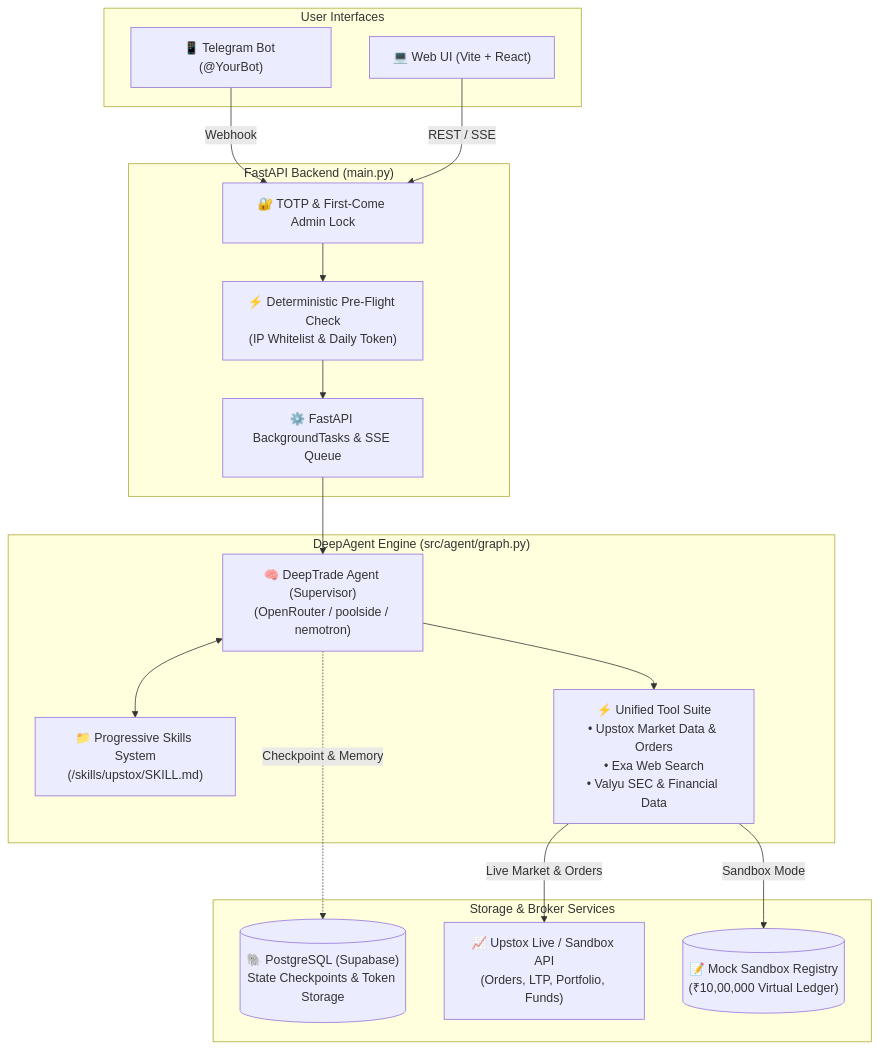
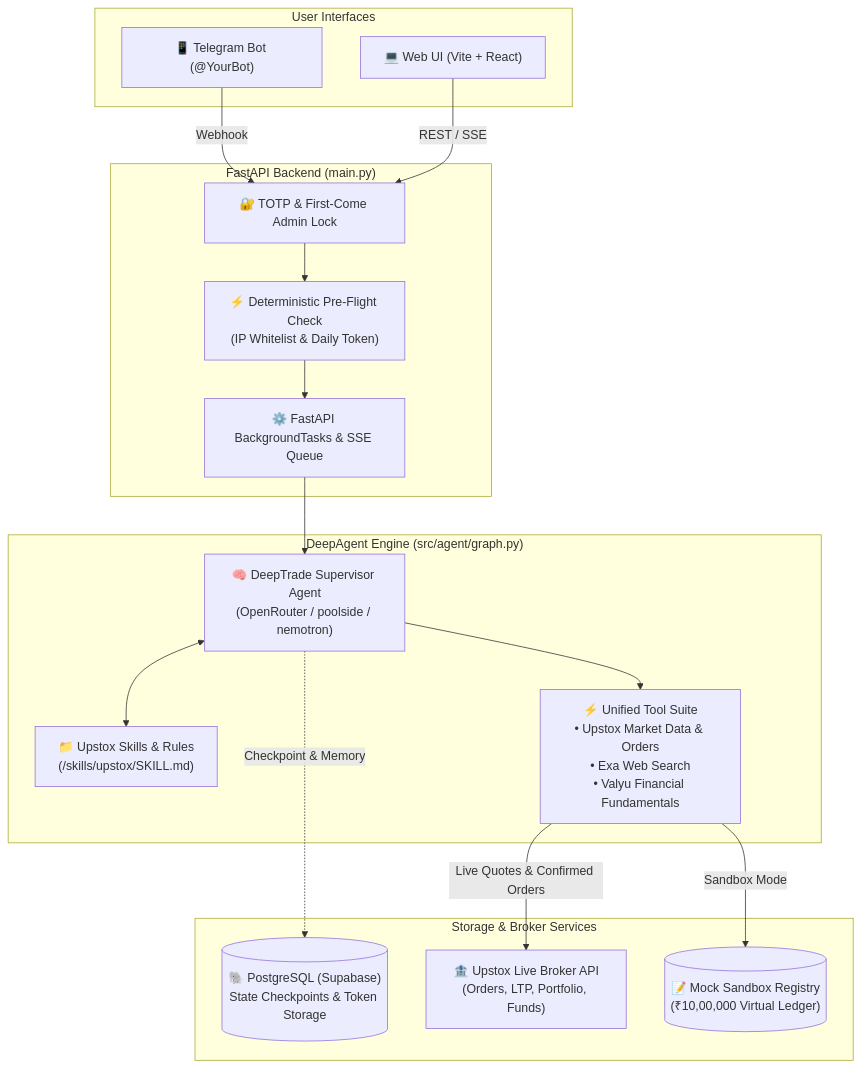
Before and after one commit to Anshu666666/deepTrade: the first of 2 diagrams in README.md, drawn with Mermaid. The commit also changed other lines of this file, not shown here.

Commit message:
docs: clarify true product use case as conversational market research and direct Upstox execution assistant

````diff
--- a/README.md
+++ b/README.md
@@ -21,36 +34,36 @@
 ```mermaid
 flowchart TB
     subgraph Clients["User Interfaces"]
         TG["📱 Telegram Bot (@YourBot)"]
         WEB["💻 Web UI (Vite + React)"]
     end
 
     subgraph Server["FastAPI Backend (main.py)"]
         AUTH["🔐 TOTP & First-Come Admin Lock"]
         PRECHECK["⚡ Deterministic Pre-Flight Check<br/>(IP Whitelist & Daily Token)"]
         BG["⚙️ FastAPI BackgroundTasks & SSE Queue"]
     end
 
     subgraph AgentSystem["DeepAgent Engine (src/agent/graph.py)"]
-        SUP["🧠 DeepTrade Agent (Supervisor)<br/>(OpenRouter / poolside / nemotron)"]
-        SKILLS["📁 Progressive Skills System<br/>(/skills/upstox/SKILL.md)"]
-        TOOLS["⚡ Unified Tool Suite<br/>• Upstox Market Data & Orders<br/>• Exa Web Search<br/>• Valyu SEC & Financial Data"]
+        SUP["🧠 DeepTrade Supervisor Agent<br/>(OpenRouter / poolside / nemotron)"]
+        SKILLS["📁 Upstox Skills & Rules<br/>(/skills/upstox/SKILL.md)"]
+        TOOLS["⚡ Unified Tool Suite<br/>• Upstox Market Data & Orders<br/>• Exa Web Search<br/>• Valyu Financial Fundamentals"]
         SUP <--> SKILLS
         SUP --> TOOLS
     end
 
     subgraph Persistence["Storage & Broker Services"]
         PG[("🐘 PostgreSQL (Supabase)<br/>State Checkpoints & Token Storage")]
-        BROKER["📈 Upstox Live / Sandbox API<br/>(Orders, LTP, Portfolio, Funds)"]
+        BROKER["🏦 Upstox Live Broker API<br/>(Orders, LTP, Portfolio, Funds)"]
         MOCK[("📝 Mock Sandbox Registry<br/>(₹10,00,000 Virtual Ledger)")]
     end
 
     TG -->|Webhook| AUTH
     WEB -->|REST / SSE| AUTH
     AUTH --> PRECHECK
     PRECHECK --> BG
     BG --> SUP
     SUP -.->|Checkpoint & Memory| PG
-    TOOLS -->|Live Market & Orders| BROKER
+    TOOLS -->|Live Quotes & Confirmed Orders| BROKER
     TOOLS -->|Sandbox Mode| MOCK
 ```
````
